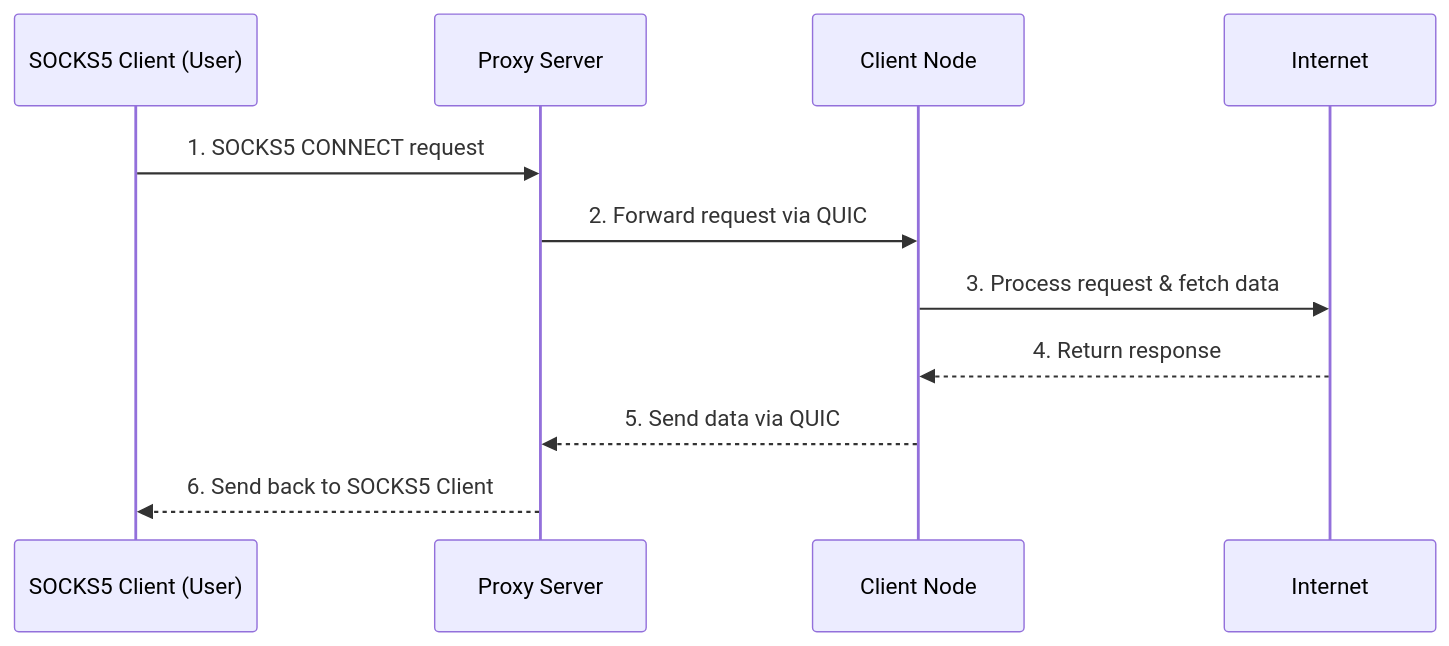
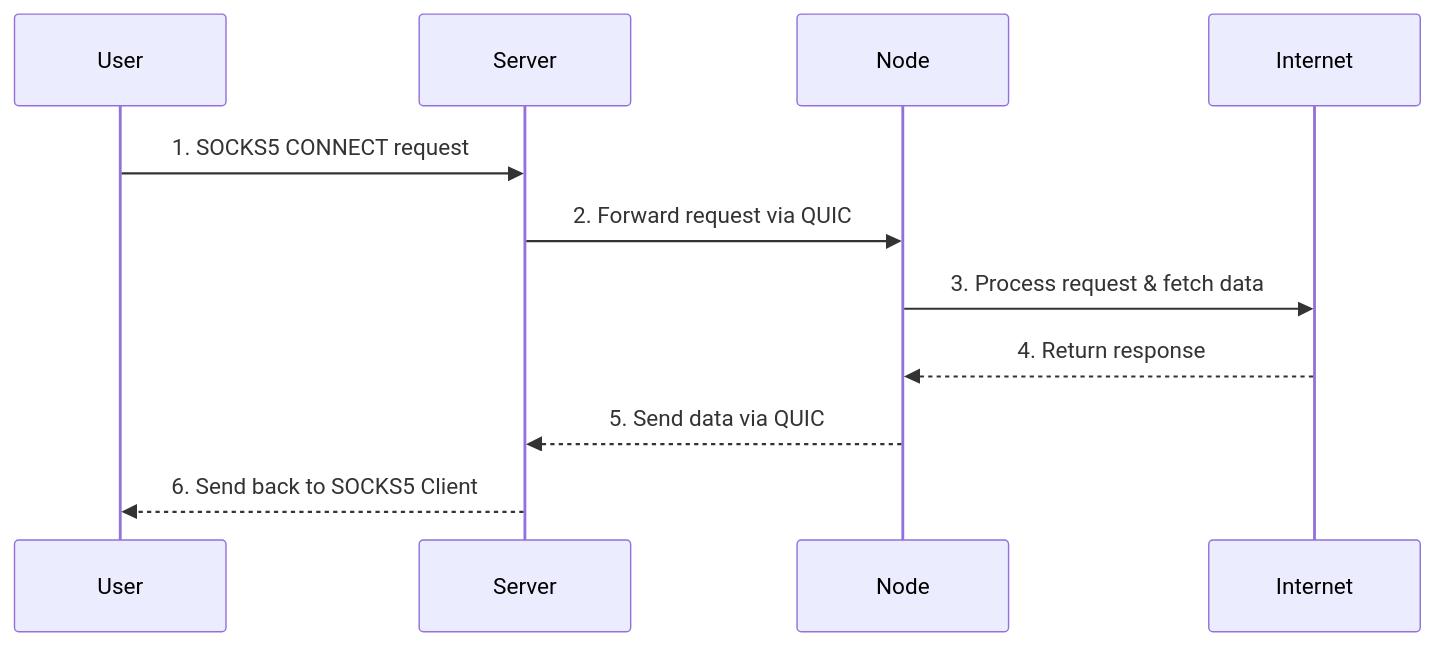
Before and after one commit to L1shed/Turbo: the second of 2 diagrams in README.md, drawn with Mermaid. The commit also changed other lines of this file, not shown here.

````diff
--- a/README.md
+++ b/README.md
@@ -112,14 +112,14 @@
 ```mermaid
 sequenceDiagram
-    participant SOCKS5_Client as SOCKS5 Client (User)
-    participant Proxy_Server as Proxy Server
-    participant Proxy_Client as Client Node
+    participant SOCKS5_Client as User
+    participant Proxy_Server as Server
+    participant Proxy_Client as Node
     participant Internet as Internet
 
     SOCKS5_Client->>Proxy_Server: 1. SOCKS5 CONNECT request
     Proxy_Server->>Proxy_Client: 2. Forward request via QUIC
     Proxy_Client->>Internet: 3. Process request & fetch data
     Internet-->>Proxy_Client: 4. Return response
     Proxy_Client-->>Proxy_Server: 5. Send data via QUIC
     Proxy_Server-->>SOCKS5_Client: 6. Send back to SOCKS5 Client
 ```
````
